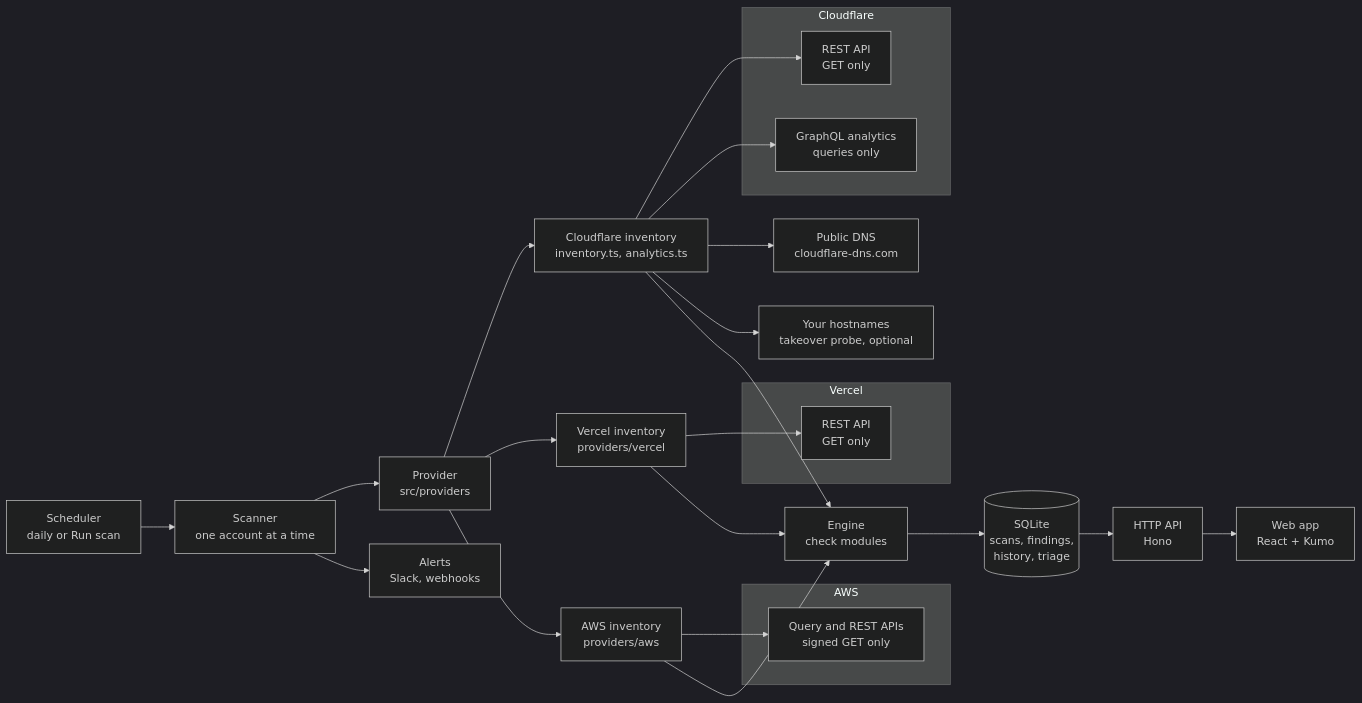
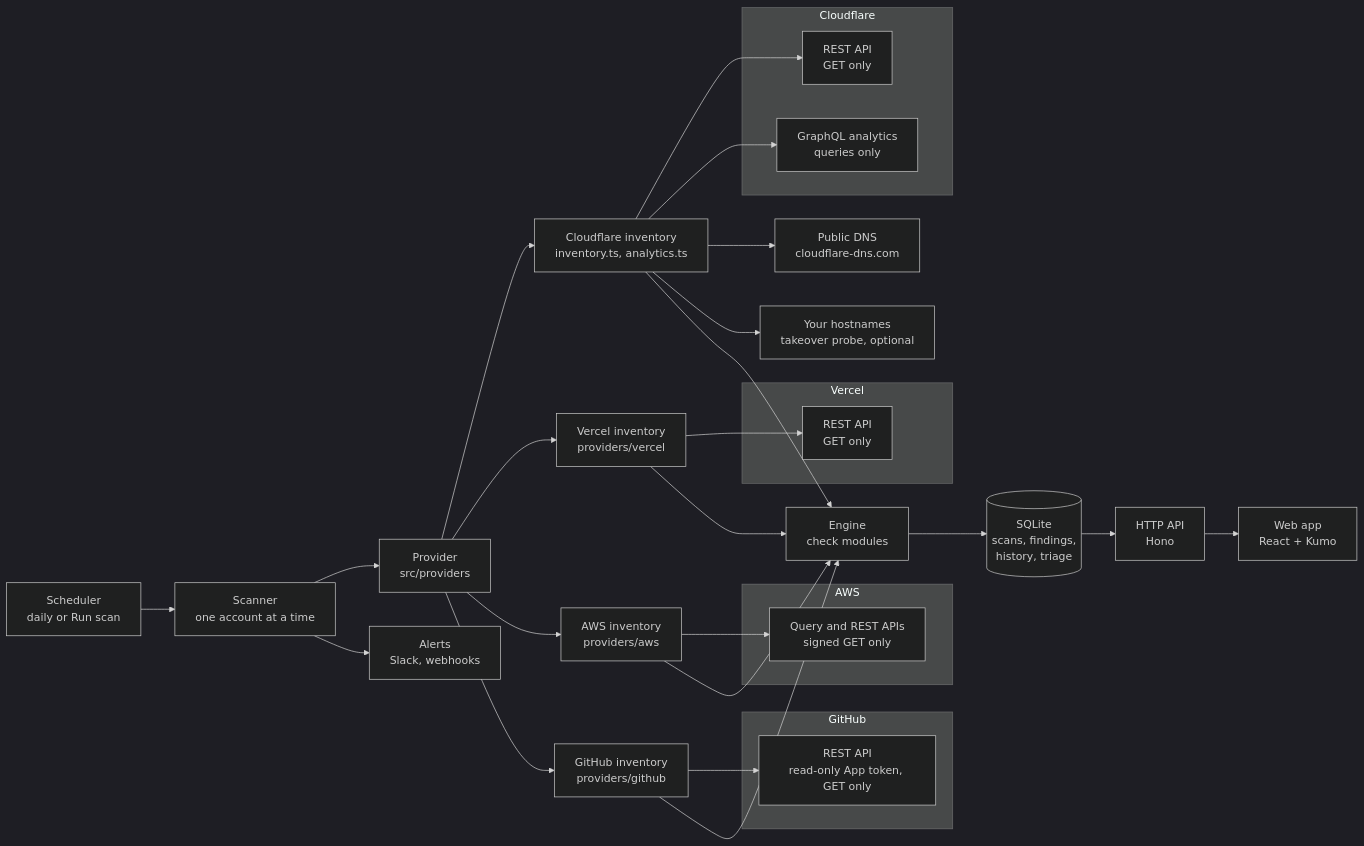
One commit to r4reetik/keelson changed the diagram in docs/architecture.md. Above: the diagram before and after it, drawn with Mermaid (dark theme). The commit also changed other lines of this file and 53 other files, not shown here.

Commit message:
Connect GitHub organizations through a read-only GitHub App, with a Repositories page and a check for DNS left pointing at GitHub Pages

````diff
--- a/docs/architecture.md
+++ b/docs/architecture.md
@@ -3,29 +3,34 @@
 ```mermaid
 flowchart LR
   subgraph Cloudflare
     REST[REST API<br/>GET only]
     GQL[GraphQL analytics<br/>queries only]
   end
   subgraph Vercel
     VREST[REST API<br/>GET only]
   end
   subgraph AWS
     AREST[Query and REST APIs<br/>signed GET only]
   end
+  subgraph GitHub
+    GREST[REST API<br/>read-only App token, GET only]
+  end
   DOH[Public DNS<br/>cloudflare-dns.com]
   HOSTS[Your hostnames<br/>takeover probe, optional]
 
   SCH[Scheduler<br/>daily or Run scan] --> SC[Scanner<br/>one account at a time]
   SC --> PROV[Provider<br/>src/providers]
   PROV --> INV[Cloudflare inventory<br/>inventory.ts, analytics.ts]
   PROV --> VINV[Vercel inventory<br/>providers/vercel]
   PROV --> AINV[AWS inventory<br/>providers/aws]
+  PROV --> GINV[GitHub inventory<br/>providers/github]
   INV --> REST & GQL & DOH & HOSTS
   VINV --> VREST
   AINV --> AREST
-  INV & VINV & AINV --> ENG[Engine<br/>check modules]
+  GINV --> GREST
+  INV & VINV & AINV & GINV --> ENG[Engine<br/>check modules]
   ENG --> DB[(SQLite<br/>scans, findings,<br/>history, triage)]
   DB --> API[HTTP API<br/>Hono]
   API --> WEB[Web app<br/>React + Kumo]
   SC --> NOTIFY[Alerts<br/>Slack, webhooks]
 ```
````
